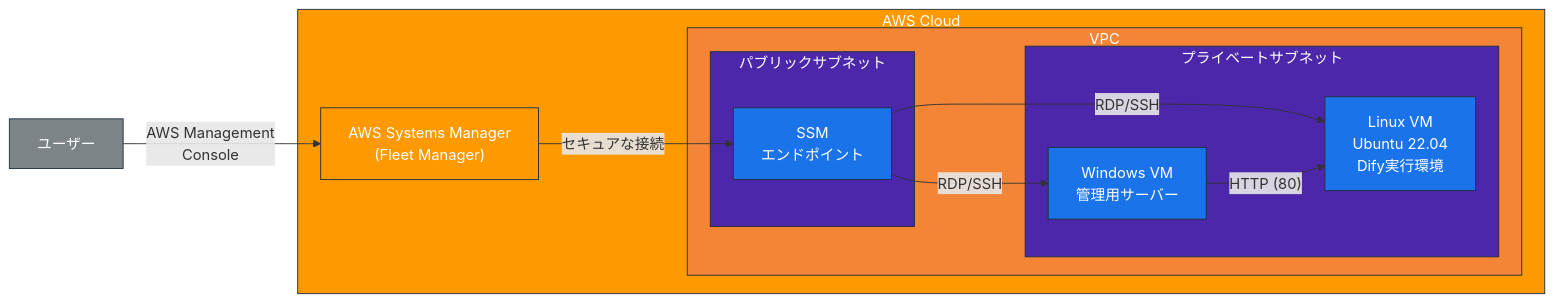
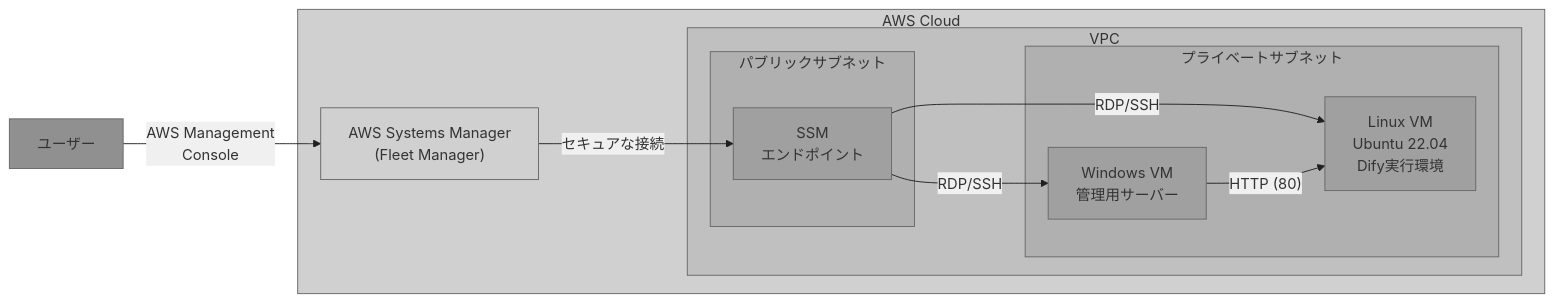
The first of 2 diagrams in README.md (t-tkm/VibeCodingSample-AWS-CKD), drawn with Mermaid before and after one commit. The commit also changed other lines of this file, not shown here.

Commit message:
Mermaidの図を灰色背景のシンプルな配色に変更

````diff
--- a/README.md
+++ b/README.md
@@ -7,37 +7,39 @@
 ```mermaid
+%%{init: {'theme': 'base', 'themeVariables': { 'primaryColor': '#f0f0f0', 'primaryBorderColor': '#666', 'primaryTextColor': '#333', 'background': '#e0e0e0' }}}%%
 graph LR
     subgraph AWS["AWS Cloud"]
         subgraph VPC["VPC"]
             subgraph PrivateSubnet["プライベートサブネット"]
                 WinVM["Windows VM\n管理用サーバー"]
                 LinuxVM["Linux VM\nUbuntu 22.04\nDify実行環境"]
             end
             
             subgraph PublicSubnet["パブリックサブネット"]
                 SSMEndpoint["SSM\nエンドポイント"]
             end
         end
         
         SSM["AWS Systems Manager\n(Fleet Manager)"]
     end
     
     User["ユーザー"]
     
     User -->|"AWS Management\nConsole"| SSM
     SSM -->|"セキュアな接続"| SSMEndpoint
     SSMEndpoint -->|"RDP/SSH"| WinVM
     SSMEndpoint -->|"RDP/SSH"| LinuxVM
     WinVM -->|"HTTP (80)"| LinuxVM
     
-    classDef aws fill:#FF9900,stroke:#232F3E,color:white;
-    classDef vpc fill:#F58536,stroke:#232F3E,color:white;
-    classDef subnet fill:#4D27AA,stroke:#232F3E,color:white;
-    classDef vm fill:#1A73E8,stroke:#232F3E,color:white;
-    classDef user fill:#7D8487,stroke:#232F3E,color:white;
+    classDef default fill:#e0e0e0,stroke:#666,color:#333
+    classDef aws fill:#d0d0d0,stroke:#666,color:#333
+    classDef vpc fill:#c0c0c0,stroke:#666,color:#333
+    classDef subnet fill:#b0b0b0,stroke:#666,color:#333
+    classDef vm fill:#a0a0a0,stroke:#666,color:#333
+    classDef user fill:#909090,stroke:#666,color:#333
     
     class AWS,SSM aws;
     class VPC vpc;
     class PrivateSubnet,PublicSubnet subnet;
     class WinVM,LinuxVM,SSMEndpoint vm;
     class User user;
 ```
````
